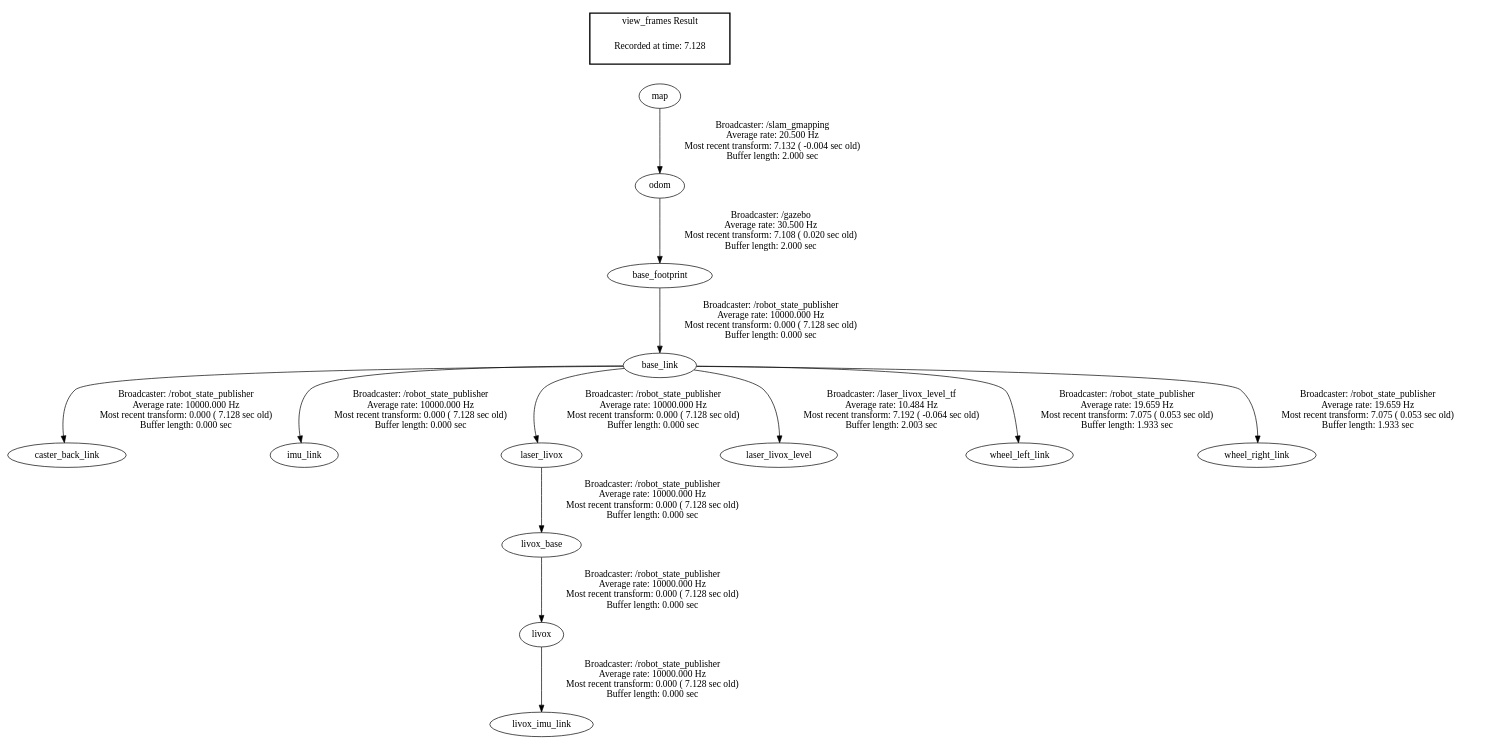
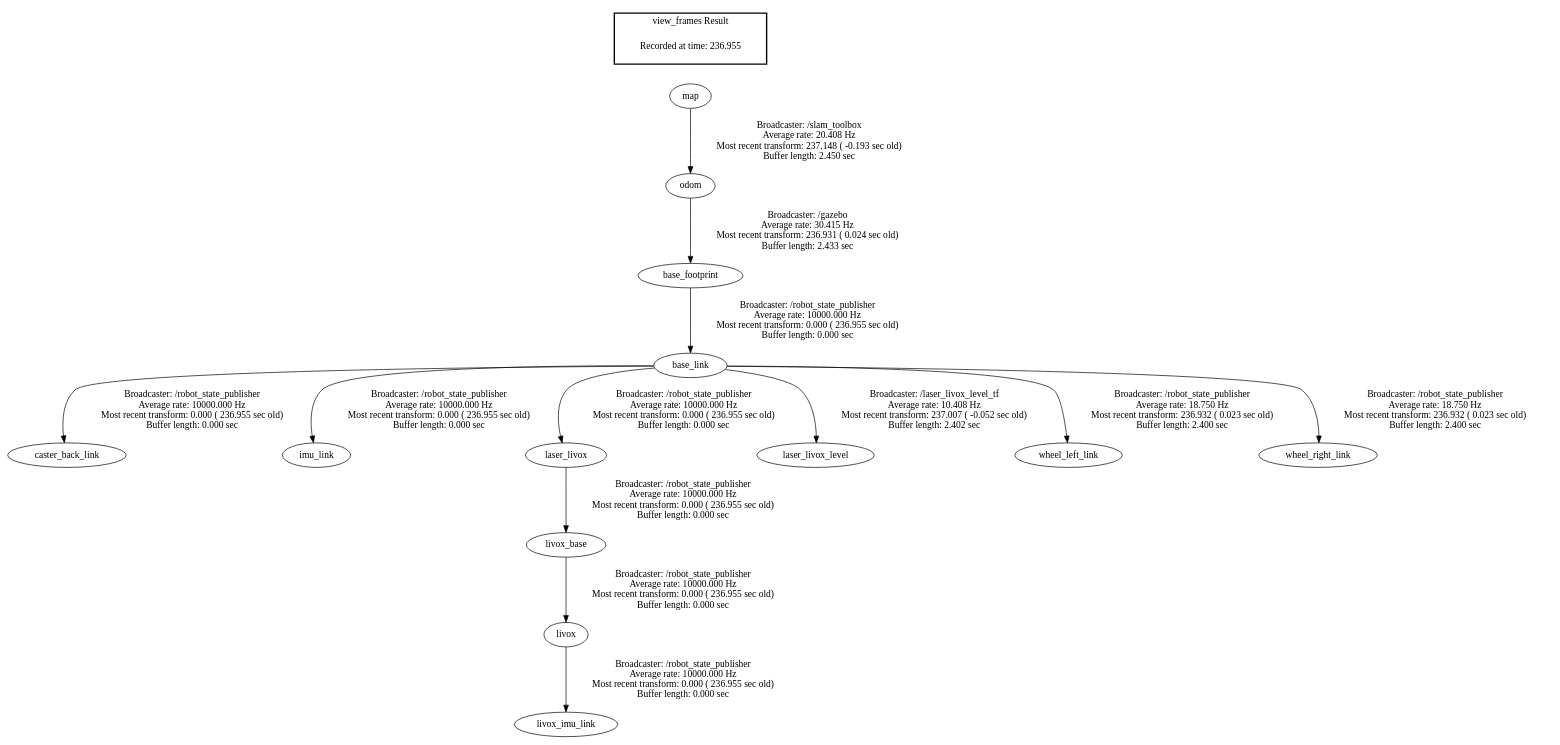
Before and after one commit to AlphaLz219/BuildingNav: the diagram in frames.gv, drawn with Graphviz. The commit also changed 11 other files, not shown here.

```diff
--- a/frames.gv
+++ b/frames.gv
@@ -1,18 +1,18 @@
 digraph G {
-"base_footprint" -> "base_link"[label="Broadcaster: /robot_state_publisher\nAverage rate: 10000.000 Hz\nMost recent transform: 0.000 ( 7.128 sec old)\nBuffer length: 0.000 sec\n"];
-"odom" -> "base_footprint"[label="Broadcaster: /gazebo\nAverage rate: 30.500 Hz\nMost recent transform: 7.108 ( 0.020 sec old)\nBuffer length: 2.000 sec\n"];
-"base_link" -> "caster_back_link"[label="Broadcaster: /robot_state_publisher\nAverage rate: 10000.000 Hz\nMost recent transform: 0.000 ( 7.128 sec old)\nBuffer length: 0.000 sec\n"];
-"base_link" -> "imu_link"[label="Broadcaster: /robot_state_publisher\nAverage rate: 10000.000 Hz\nMost recent transform: 0.000 ( 7.128 sec old)\nBuffer length: 0.000 sec\n"];
-"base_link" -> "laser_livox"[label="Broadcaster: /robot_state_publisher\nAverage rate: 10000.000 Hz\nMost recent transform: 0.000 ( 7.128 sec old)\nBuffer length: 0.000 sec\n"];
-"laser_livox" -> "livox_base"[label="Broadcaster: /robot_state_publisher\nAverage rate: 10000.000 Hz\nMost recent transform: 0.000 ( 7.128 sec old)\nBuffer length: 0.000 sec\n"];
-"livox" -> "livox_imu_link"[label="Broadcaster: /robot_state_publisher\nAverage rate: 10000.000 Hz\nMost recent transform: 0.000 ( 7.128 sec old)\nBuffer length: 0.000 sec\n"];
-"livox_base" -> "livox"[label="Broadcaster: /robot_state_publisher\nAverage rate: 10000.000 Hz\nMost recent transform: 0.000 ( 7.128 sec old)\nBuffer length: 0.000 sec\n"];
-"map" -> "odom"[label="Broadcaster: /slam_gmapping\nAverage rate: 20.500 Hz\nMost recent transform: 7.132 ( -0.004 sec old)\nBuffer length: 2.000 sec\n"];
-"base_link" -> "laser_livox_level"[label="Broadcaster: /laser_livox_level_tf\nAverage rate: 10.484 Hz\nMost recent transform: 7.192 ( -0.064 sec old)\nBuffer length: 2.003 sec\n"];
-"base_link" -> "wheel_left_link"[label="Broadcaster: /robot_state_publisher\nAverage rate: 19.659 Hz\nMost recent transform: 7.075 ( 0.053 sec old)\nBuffer length: 1.933 sec\n"];
-"base_link" -> "wheel_right_link"[label="Broadcaster: /robot_state_publisher\nAverage rate: 19.659 Hz\nMost recent transform: 7.075 ( 0.053 sec old)\nBuffer length: 1.933 sec\n"];
+"base_footprint" -> "base_link"[label="Broadcaster: /robot_state_publisher\nAverage rate: 10000.000 Hz\nMost recent transform: 0.000 ( 236.955 sec old)\nBuffer length: 0.000 sec\n"];
+"odom" -> "base_footprint"[label="Broadcaster: /gazebo\nAverage rate: 30.415 Hz\nMost recent transform: 236.931 ( 0.024 sec old)\nBuffer length: 2.433 sec\n"];
+"base_link" -> "caster_back_link"[label="Broadcaster: /robot_state_publisher\nAverage rate: 10000.000 Hz\nMost recent transform: 0.000 ( 236.955 sec old)\nBuffer length: 0.000 sec\n"];
+"base_link" -> "imu_link"[label="Broadcaster: /robot_state_publisher\nAverage rate: 10000.000 Hz\nMost recent transform: 0.000 ( 236.955 sec old)\nBuffer length: 0.000 sec\n"];
+"base_link" -> "laser_livox"[label="Broadcaster: /robot_state_publisher\nAverage rate: 10000.000 Hz\nMost recent transform: 0.000 ( 236.955 sec old)\nBuffer length: 0.000 sec\n"];
+"laser_livox" -> "livox_base"[label="Broadcaster: /robot_state_publisher\nAverage rate: 10000.000 Hz\nMost recent transform: 0.000 ( 236.955 sec old)\nBuffer length: 0.000 sec\n"];
+"livox" -> "livox_imu_link"[label="Broadcaster: /robot_state_publisher\nAverage rate: 10000.000 Hz\nMost recent transform: 0.000 ( 236.955 sec old)\nBuffer length: 0.000 sec\n"];
+"livox_base" -> "livox"[label="Broadcaster: /robot_state_publisher\nAverage rate: 10000.000 Hz\nMost recent transform: 0.000 ( 236.955 sec old)\nBuffer length: 0.000 sec\n"];
+"map" -> "odom"[label="Broadcaster: /slam_toolbox\nAverage rate: 20.408 Hz\nMost recent transform: 237.148 ( -0.193 sec old)\nBuffer length: 2.450 sec\n"];
+"base_link" -> "laser_livox_level"[label="Broadcaster: /laser_livox_level_tf\nAverage rate: 10.408 Hz\nMost recent transform: 237.007 ( -0.052 sec old)\nBuffer length: 2.402 sec\n"];
+"base_link" -> "wheel_left_link"[label="Broadcaster: /robot_state_publisher\nAverage rate: 18.750 Hz\nMost recent transform: 236.932 ( 0.023 sec old)\nBuffer length: 2.400 sec\n"];
+"base_link" -> "wheel_right_link"[label="Broadcaster: /robot_state_publisher\nAverage rate: 18.750 Hz\nMost recent transform: 236.932 ( 0.023 sec old)\nBuffer length: 2.400 sec\n"];
 edge [style=invis];
  subgraph cluster_legend { style=bold; color=black; label ="view_frames Result";
-"Recorded at time: 7.128"[ shape=plaintext ] ;
+"Recorded at time: 236.955"[ shape=plaintext ] ;
  }->"map";
 }
```
